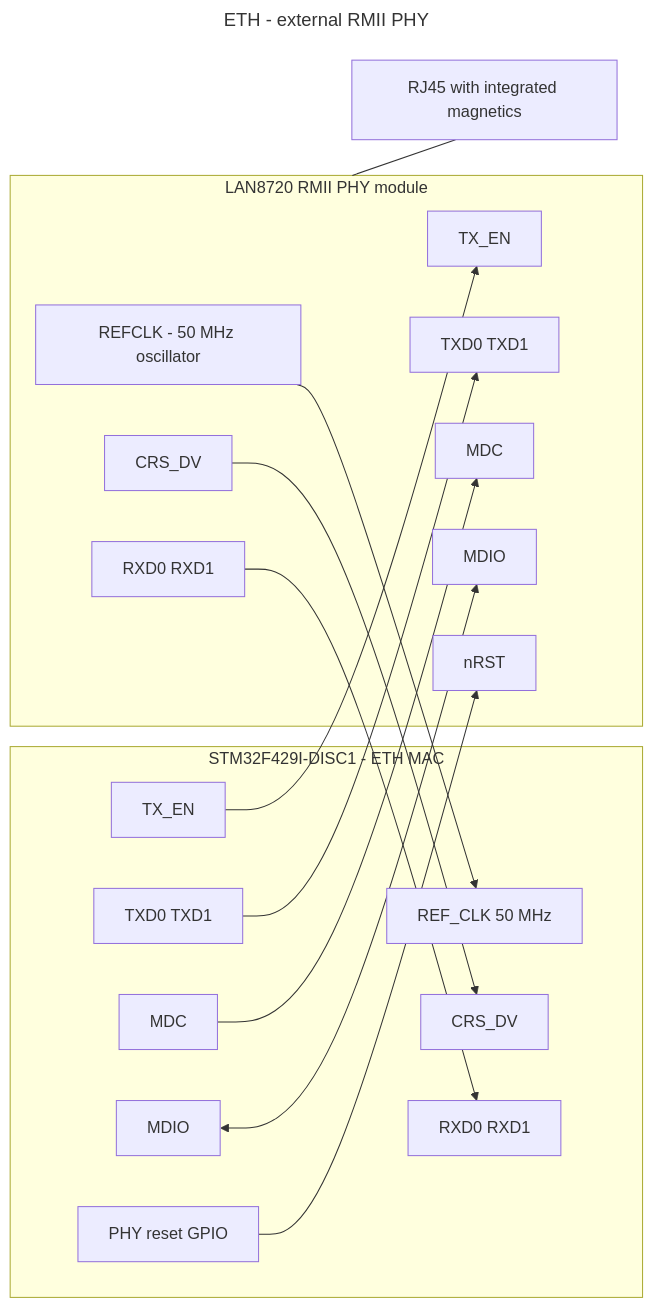
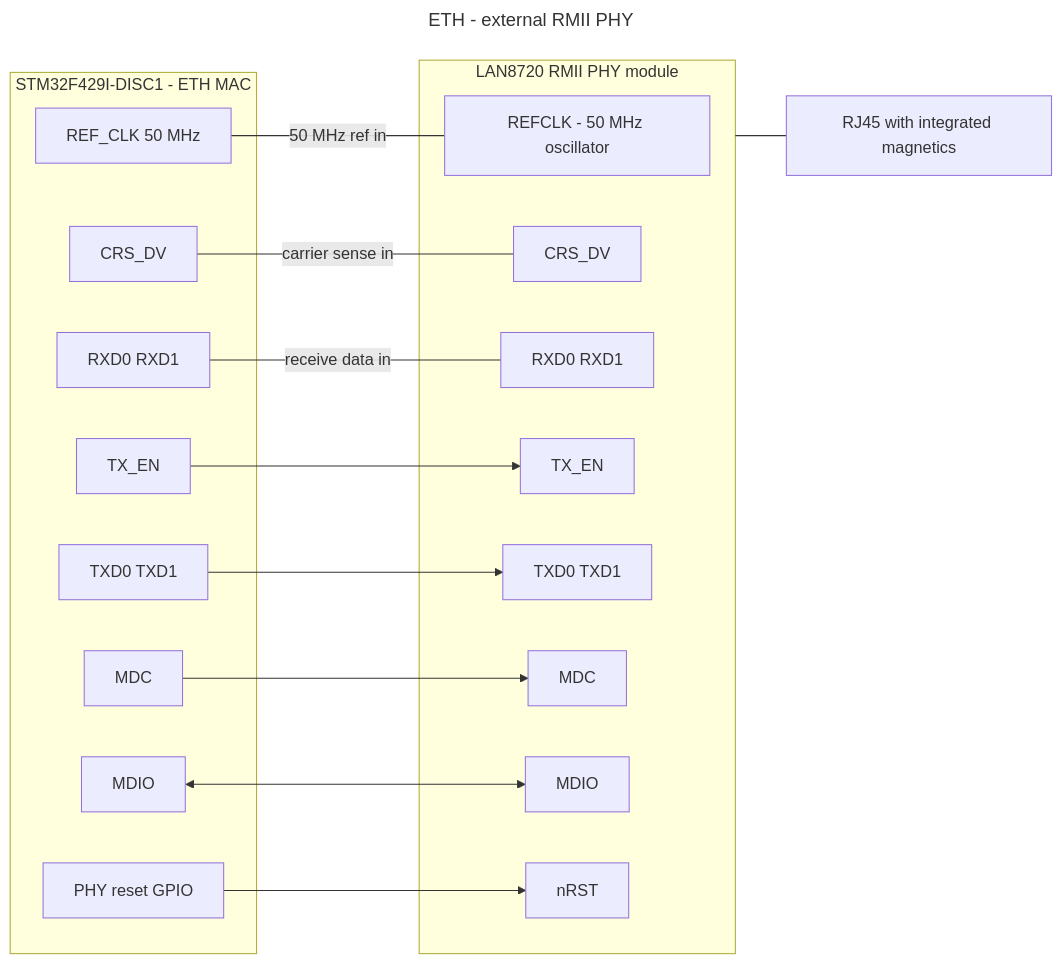
One commit to Ekpenyong-Esu/BareMetalMCU2 changed the diagram in Sensor_Cons/Peripherals/ETH/eth_wiring.mmd. Above: the diagram before and after it, drawn with Mermaid. The commit also changed 19 other files, not shown here.

First line of the commit message:
Rank every wiring diagram into a single row

```diff
--- a/Sensor_Cons/Peripherals/ETH/eth_wiring.mmd
+++ b/Sensor_Cons/Peripherals/ETH/eth_wiring.mmd
@@ -1,42 +1,42 @@
 ---
 title: ETH - external RMII PHY
 ---
 %% NOT ON THIS BOARD. The STM32F429I-DISC1 has no Ethernet PHY and no RJ45.
 %% NO DOCUMENTED PINS - HAL_ETH_MspInit in the application assigns them.
 %% RMII needs 9 pins plus a shared 50 MHz reference clock; the DISC1 has 22
 %% free pins but not the right ones, so this needs a re-pinned board.
 %% Shown for reference only.
 flowchart LR
     subgraph MCU["STM32F429I-DISC1 - ETH MAC"]
         REF["REF_CLK 50 MHz"]
         CRS["CRS_DV"]
         RXD["RXD0 RXD1"]
         TXEN["TX_EN"]
         TXD["TXD0 TXD1"]
         MDC["MDC"]
         MDIO["MDIO"]
         RST["PHY reset GPIO"]
     end
 
     subgraph PHY["LAN8720 RMII PHY module"]
         pREF["REFCLK - 50 MHz oscillator"]
         pCRS["CRS_DV"]
         pRXD["RXD0 RXD1"]
         pTXEN["TX_EN"]
         pTXD["TXD0 TXD1"]
         pMDC["MDC"]
         pMDIO["MDIO"]
         pRST["nRST"]
     end
 
     MAG["RJ45 with integrated magnetics"]
 
-    pREF --> REF
-    pCRS --> CRS
-    pRXD --> RXD
+    REF ---|"50 MHz ref in"| pREF
+    CRS ---|"carrier sense in"| pCRS
+    RXD ---|"receive data in"| pRXD
     TXEN --> pTXEN
     TXD --> pTXD
     MDC --> pMDC
     MDIO <--> pMDIO
     RST --> pRST
     PHY --- MAG
```
